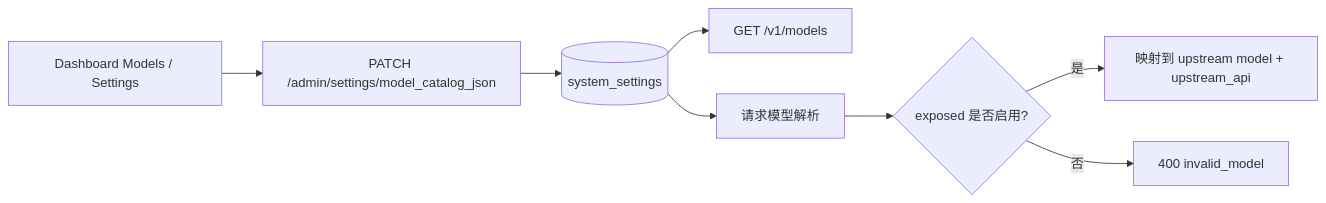
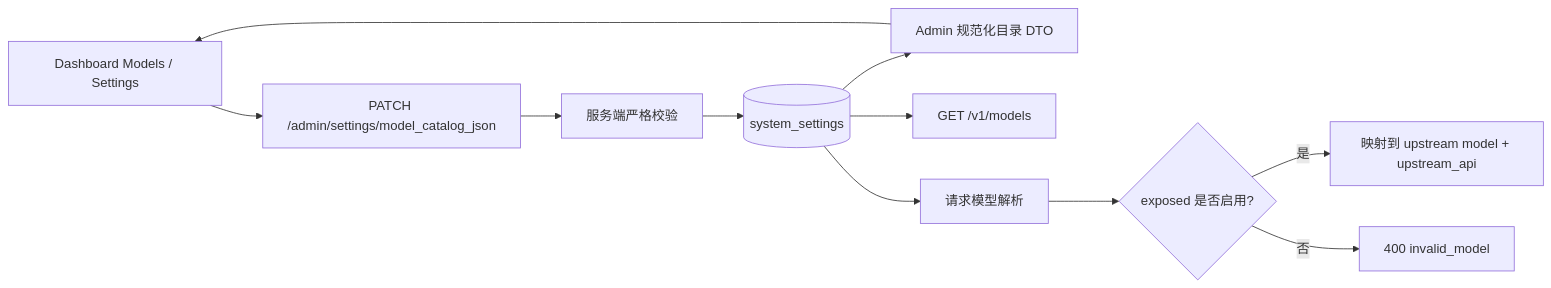
Before and after one commit to pczhao1210/ghcp-pool-proxy: the seventh of 10 diagrams in docs/operations.zh.md, drawn with Mermaid. The commit also changed other lines of this file and 74 other files, not shown here.

````diff
--- a/docs/operations.zh.md
+++ b/docs/operations.zh.md
@@ -469,10 +541,13 @@
 ```mermaid
 flowchart LR
   A["Dashboard Models / Settings"] --> B["PATCH /admin/settings/model_catalog_json"]
-  B --> C[(system_settings)]
+  B --> V["服务端严格校验"]
+  V --> C[(system_settings)]
+  C --> I["Admin 规范化目录 DTO"]
+  I --> A
   C --> D["GET /v1/models"]
   C --> E["请求模型解析"]
   E --> F{"exposed 是否启用?"}
   F -->|"是"| G["映射到 upstream model + upstream_api"]
   F -->|"否"| H["400 invalid_model"]
 ```
````
